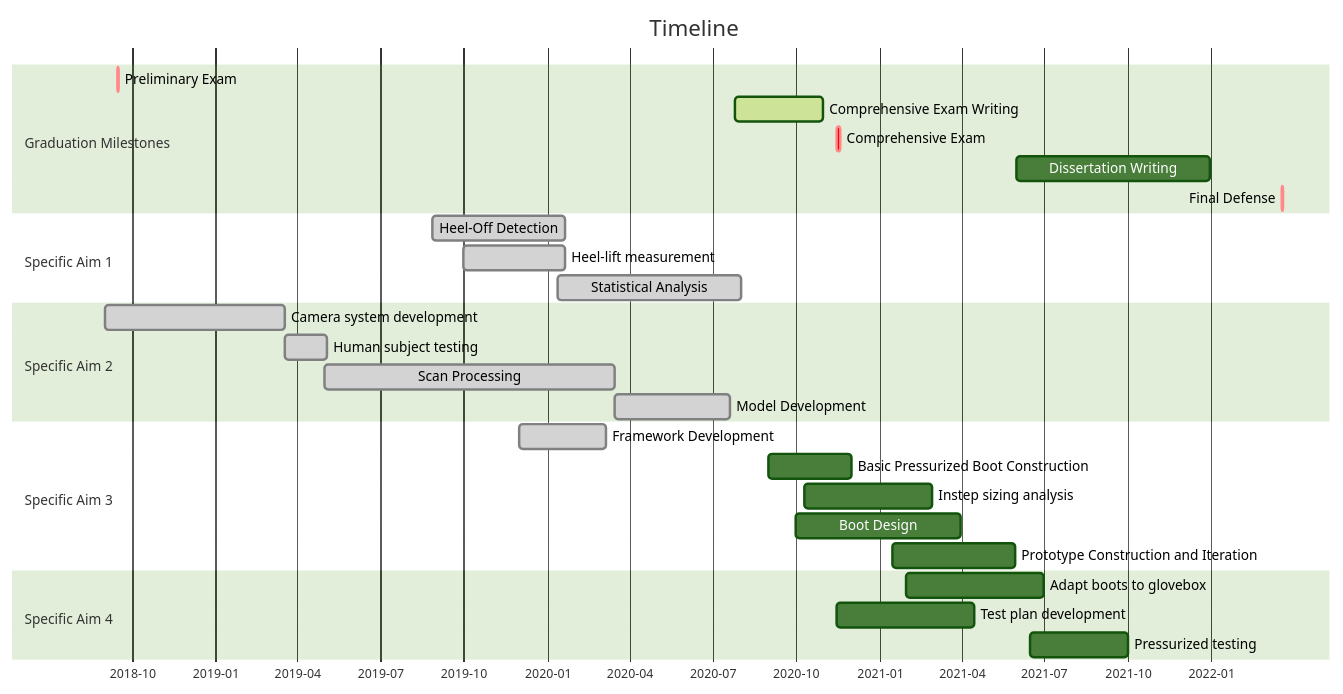
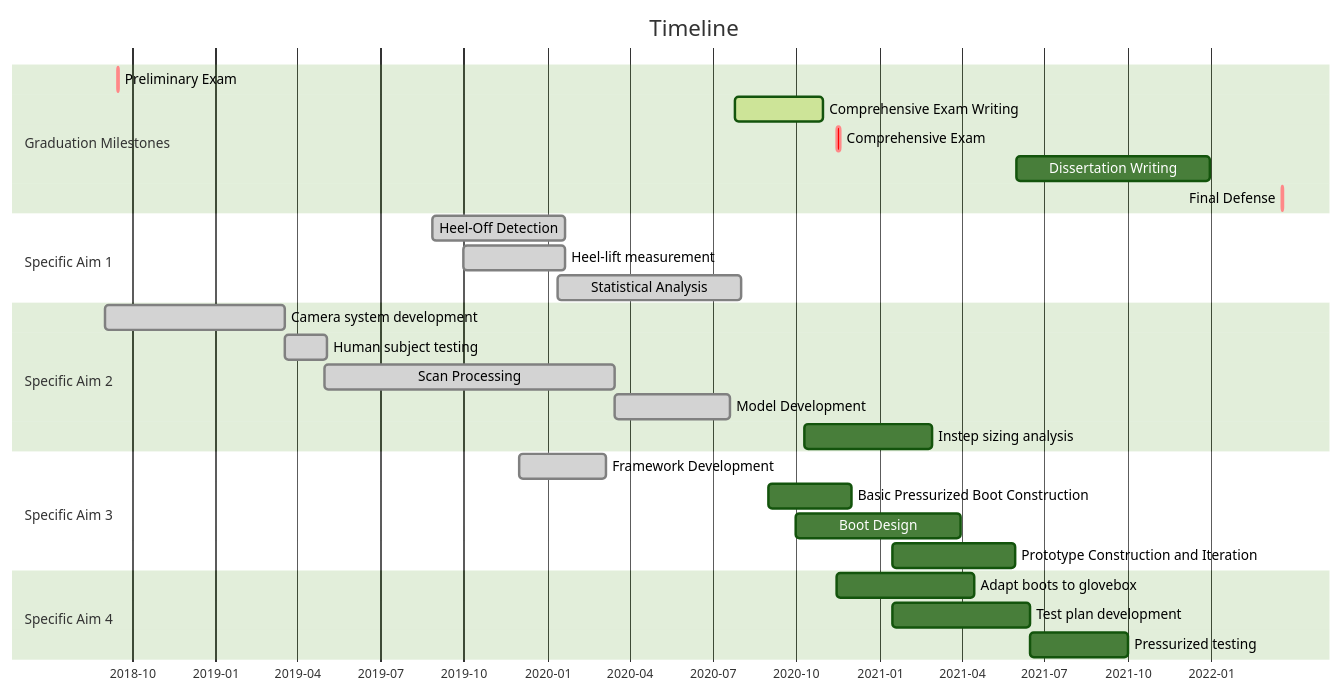
The sixth of 6 diagrams in Planning/Schedule.md (abhishektha/dissertation), drawn with Mermaid (forest theme) before and after one commit. The commit also changed 5 other files, not shown here.

Commit message:
updated gantt chart for aim refocus

````diff
--- a/Planning/Schedule.md
+++ b/Planning/Schedule.md
@@ -73,32 +73,32 @@
 ```mermaid
 gantt
 dateFormat YYYY-MM-DD
 title Timeline 
 axisformat %Y-%m
 section Graduation Milestones
        Preliminary Exam : crit, 2018-09-14, 2d
        Comprehensive Exam Writing : active, des1, 2020-07-25, 2020-10-30
        Comprehensive Exam : crit, 2020-11-15, 3d
        Dissertation Writing : des2, 2021-06-01, 2021-12-31
        Final Defense : crit, 2022-03-20, 1d
 section Specific Aim 1
         Heel-Off Detection     :done,  des2, 2019-08-27, 2020-01-20 
         Heel-lift measurement :done,  des3, 2019-10-01, 2020-01-20
         Statistical Analysis            :done,  des4, 2020-01-13,2020-08-01
 section Specific Aim 2
 			 Camera system development :done, des1, 2018-09-01, 2019-03-18
        Human subject testing :done, des2, 2019-03-18, 2019-05-03
        Scan Processing :done, des5, 2019-05-01, 2020-03-15
        Model Development  :done, des6, 2020-03-15,2020-07-20
+       Instep sizing analysis : des3, 2020-10-10, 2021-02-28
 section Specific Aim 3
        Framework Development :done, 2019-12-01,2020-03-06
        Basic Pressurized Boot Construction: des3, 2020-09-01, 2020-12-01
-       Instep sizing analysis : des3, 2020-10-10, 2021-02-28
-			 Boot Design : des4, 2020-10-01,2021-03-31
+       Boot Design : des4, 2020-10-01,2021-03-31
        Prototype Construction and Iteration : des5, 2021-01-15, 2021-05-30
 section Specific Aim 4
-       Adapt boots to glovebox : des1, 2021-01-30, 2021-06-30
-       Test plan development : des2, 2020-11-15, 2021-04-15
+       Adapt boots to glovebox : des1, 2020-11-15, 2021-04-15
+       Test plan development : des2, 2021-01-15, 2021-06-15
        Pressurized testing : des4, 2021-06-15, 2021-10-01
 
 ```
````
